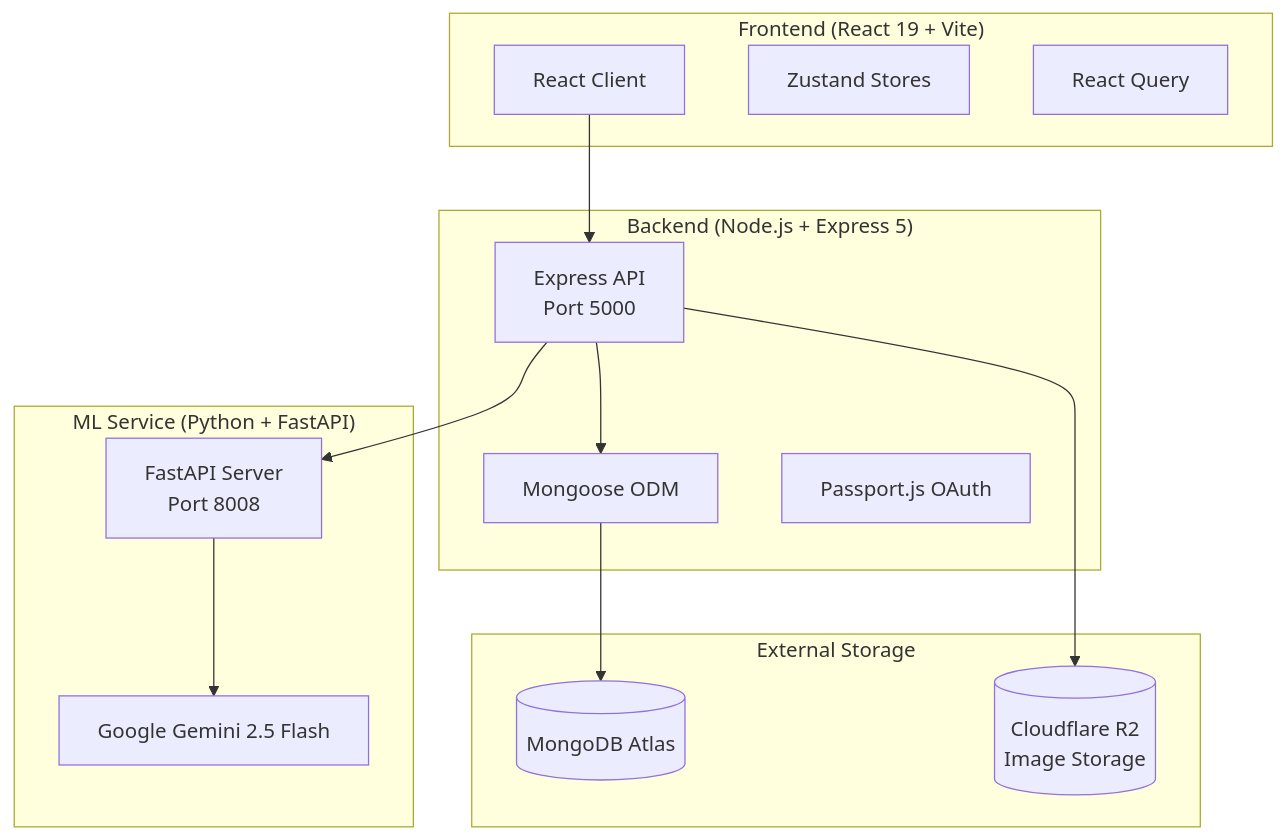
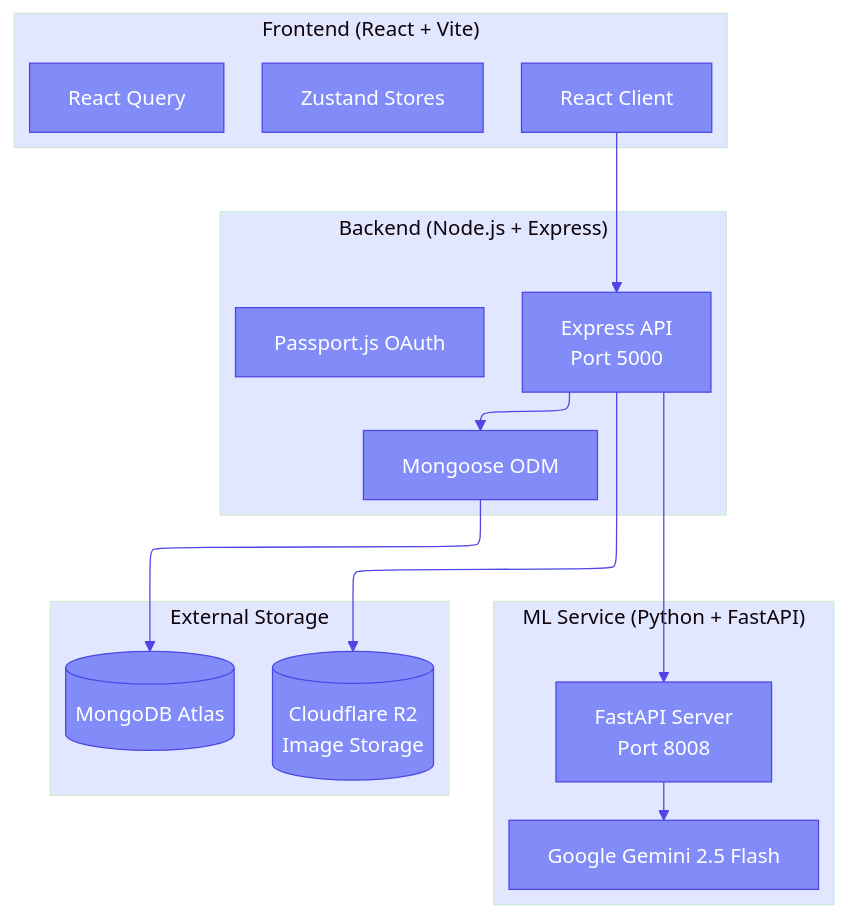
One commit to hoangngo-sudo/the-morytale changed the first of 4 diagrams in README.md. Above: the diagram before and after it, drawn with Mermaid. The commit also changed other lines of this file, not shown here.

````diff
--- a/README.md
+++ b/README.md
@@ -84,31 +84,32 @@
 ```mermaid
+%%{init: {'theme': 'base', 'flowchart': {'defaultRenderer': 'elk', 'curve': 'basis'}, 'themeVariables': {'primaryColor': '#818cf8', 'primaryTextColor': '#ffffff', 'primaryBorderColor': '#4f46e5', 'lineColor': '#4f46e5', 'secondaryColor': '#e0e7ff', 'tertiaryColor': '#f0fdf4', 'clusterBkg': '#e0e7ff', 'edgeLabelBackground': '#1e1b4b', 'fontFamily': 'sans-serif'}}}%%
 graph TB
-    subgraph Frontend["Frontend (React 19 + Vite)"]
+    subgraph Frontend["Frontend (React + Vite)"]
         React[React Client]
         Zustand[Zustand Stores]
         ReactQuery[React Query]
     end
 
-    subgraph Backend["Backend (Node.js + Express 5)"]
+    subgraph Backend["Backend (Node.js + Express)"]
         Express[Express API<br/>Port 5000]
         Mongoose[Mongoose ODM]
         Passport[Passport.js OAuth]
     end
 
     subgraph MLService["ML Service (Python + FastAPI)"]
         FastAPI[FastAPI Server<br/>Port 8008]
         Gemini[Google Gemini 2.5 Flash]
     end
 
     subgraph Storage["External Storage"]
         MongoDB[(MongoDB Atlas)]
         R2[(Cloudflare R2<br/>Image Storage)]
     end
 
     React --> Express
     Express --> Mongoose
     Mongoose --> MongoDB
     Express --> FastAPI
     FastAPI --> Gemini
     Express --> R2
 ```
````
